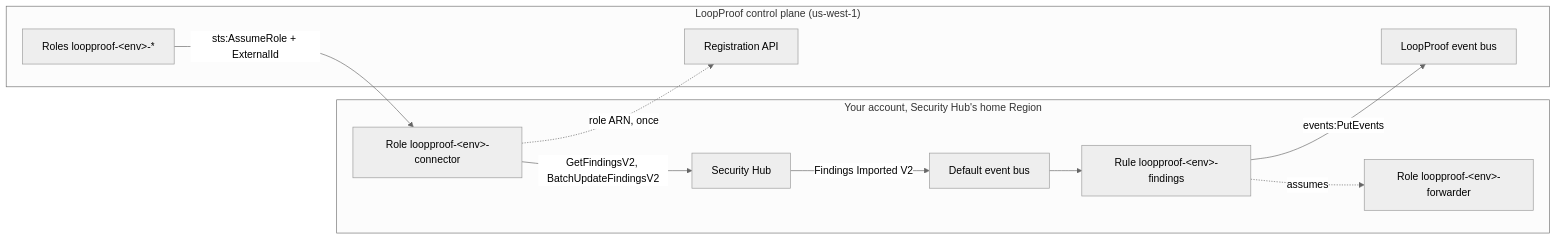
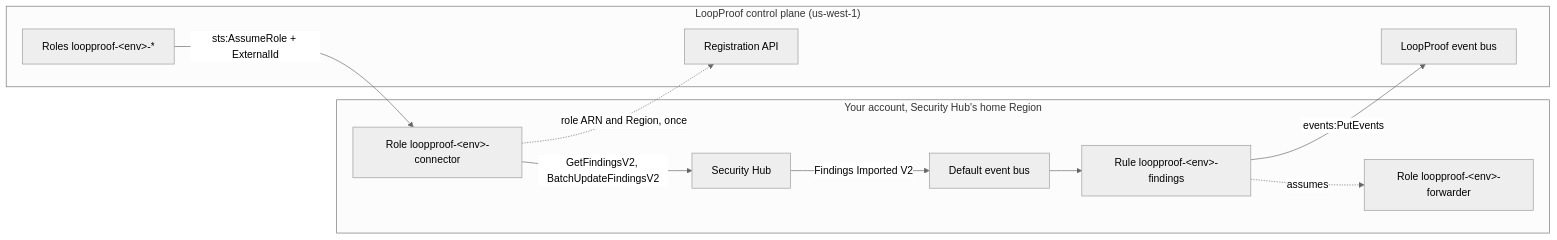
Before and after one commit to infrahouse/terraform-aws-loopproof-connector: the diagram in docs/architecture.md, drawn with Mermaid (neutral theme). The commit also changed other lines of this file and 16 other files, not shown here.

````diff
--- a/docs/architecture.md
+++ b/docs/architecture.md
@@ -3,21 +3,21 @@
 ```mermaid
 flowchart LR
     subgraph tenant["Your account, Security Hub's home Region"]
         SH["Security Hub"]
         DB["Default event bus"]
         RULE["Rule loopproof-&lt;env&gt;-findings"]
         FWD["Role loopproof-&lt;env&gt;-forwarder"]
         CONN["Role loopproof-&lt;env&gt;-connector"]
         SH -- "Findings Imported V2" --> DB --> RULE
         RULE -. assumes .-> FWD
     end
     subgraph cp["LoopProof control plane (us-west-1)"]
         BUS["LoopProof event bus"]
         CPR["Roles loopproof-&lt;env&gt;-*"]
         API["Registration API"]
     end
     RULE -- "events:PutEvents" --> BUS
     CPR -- "sts:AssumeRole + ExternalId" --> CONN
     CONN -- "GetFindingsV2, BatchUpdateFindingsV2" --> SH
-    CONN -. "role ARN, once" .-> API
+    CONN -. "role ARN and Region, once" .-> API
 ```
````
